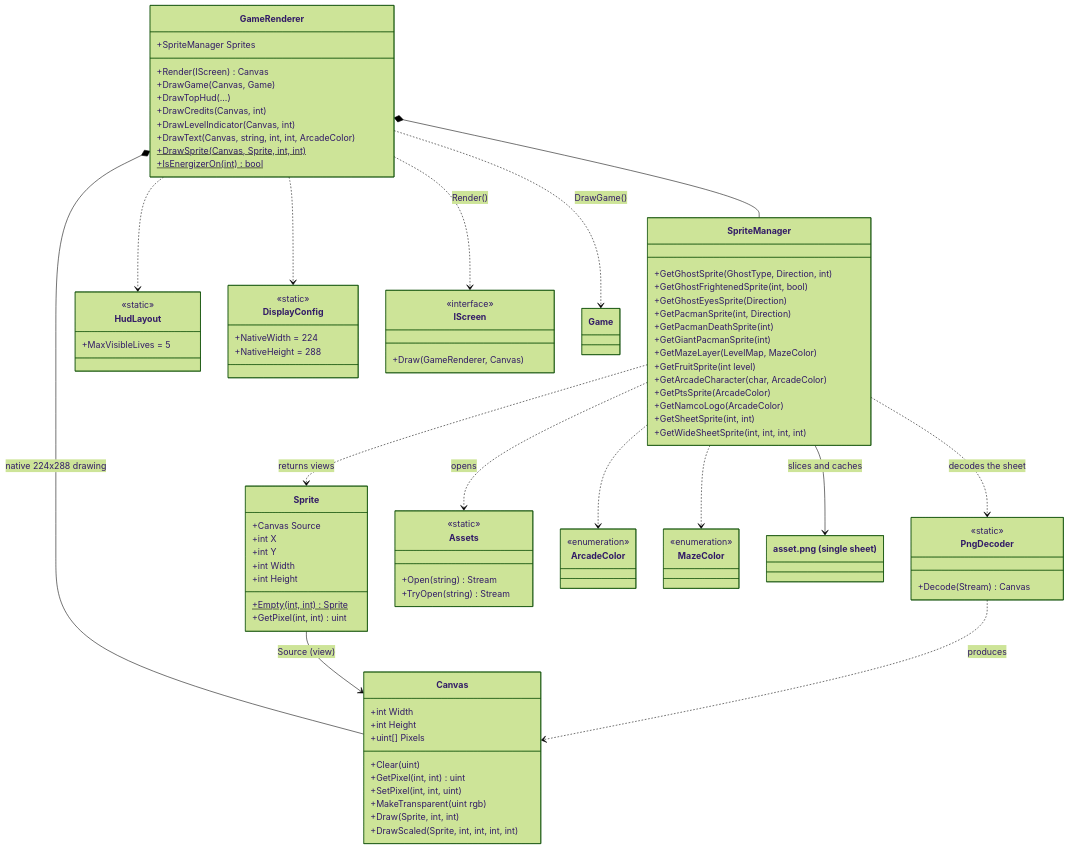
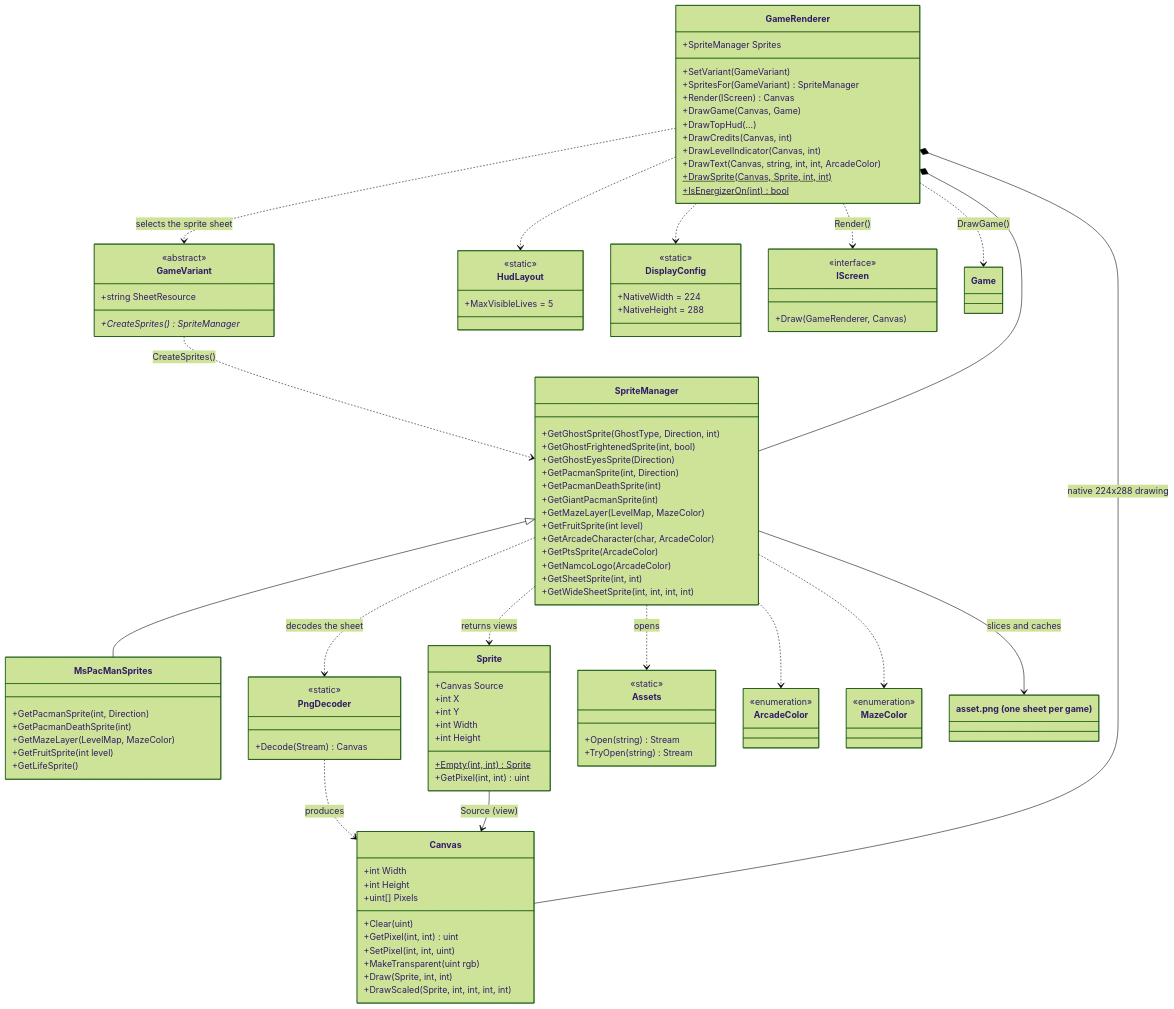
One commit to Telev78/pacman changed the sixth of 31 diagrams in docs/Pacman_UML_and_State_Diagrams_EN.md. Above: the diagram before and after it, drawn with Mermaid (forest theme). The commit also changed other lines of this file and 173 other files, not shown here.

````diff
--- a/docs/Pacman_UML_and_State_Diagrams_EN.md
+++ b/docs/Pacman_UML_and_State_Diagrams_EN.md
@@ -548,6 +665,8 @@
   direction TB
   class GameRenderer {
     +SpriteManager Sprites
+    +SetVariant(GameVariant)
+    +SpritesFor(GameVariant) SpriteManager
     +Render(IScreen) Canvas
     +DrawGame(Canvas, Game)
     +DrawTopHud(...)
@@ -571,6 +690,18 @@
     +GetNamcoLogo(ArcadeColor)
     +GetSheetSprite(int, int)
     +GetWideSheetSprite(int, int, int, int)
+  }
+  class MsPacManSprites {
+    +GetPacmanSprite(int, Direction)
+    +GetPacmanDeathSprite(int)
+    +GetMazeLayer(LevelMap, MazeColor)
+    +GetFruitSprite(int level)
+    +GetLifeSprite()
+  }
+  class GameVariant {
+    <<abstract>>
+    +CreateSprites()* SpriteManager
+    +string SheetResource
   }
   class Canvas {
     +int Width
@@ -621,7 +752,7 @@
     +Draw(GameRenderer, Canvas)
   }
   class Game
-  class asset_png["asset.png (single sheet)"]
+  class asset_png["asset.png (one sheet per game)"]
 
   GameRenderer *-- SpriteManager
   GameRenderer *-- Canvas : native 224x288 drawing
@@ -637,4 +768,7 @@
   SpriteManager --> asset_png : slices and caches
   SpriteManager ..> ArcadeColor
   SpriteManager ..> MazeColor
+  SpriteManager <|-- MsPacManSprites
+  GameVariant ..> SpriteManager : CreateSprites()
+  GameRenderer ..> GameVariant : selects the sprite sheet
 ```
````
